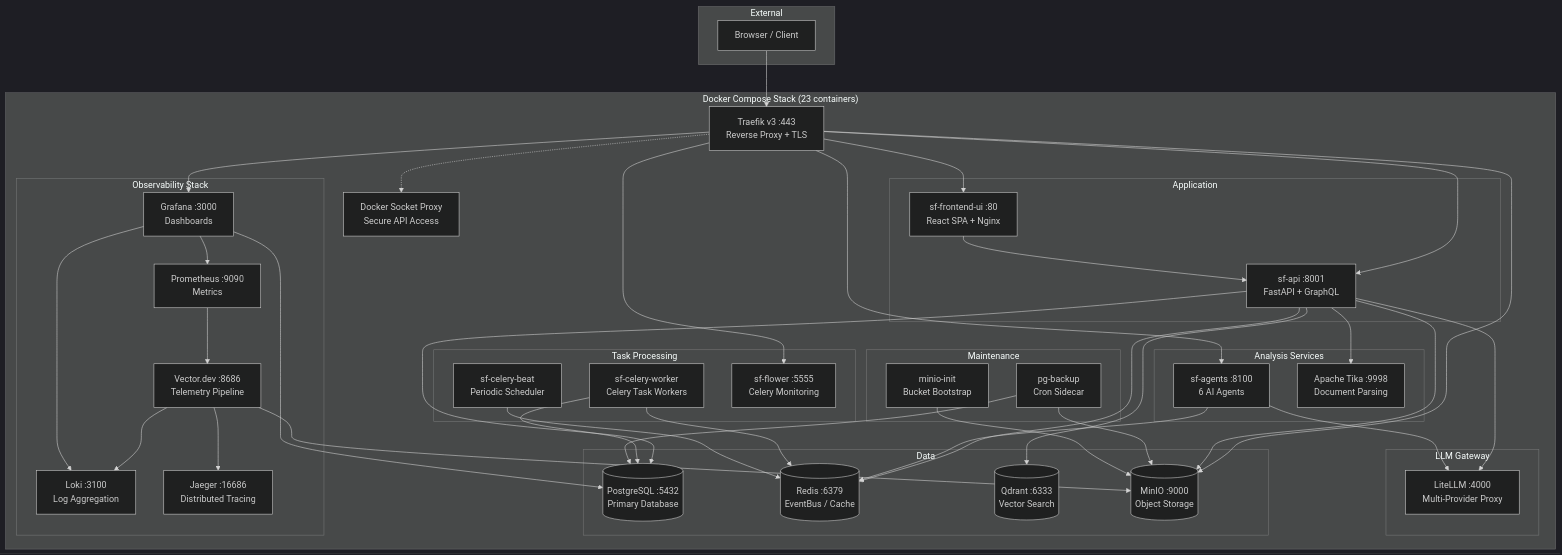
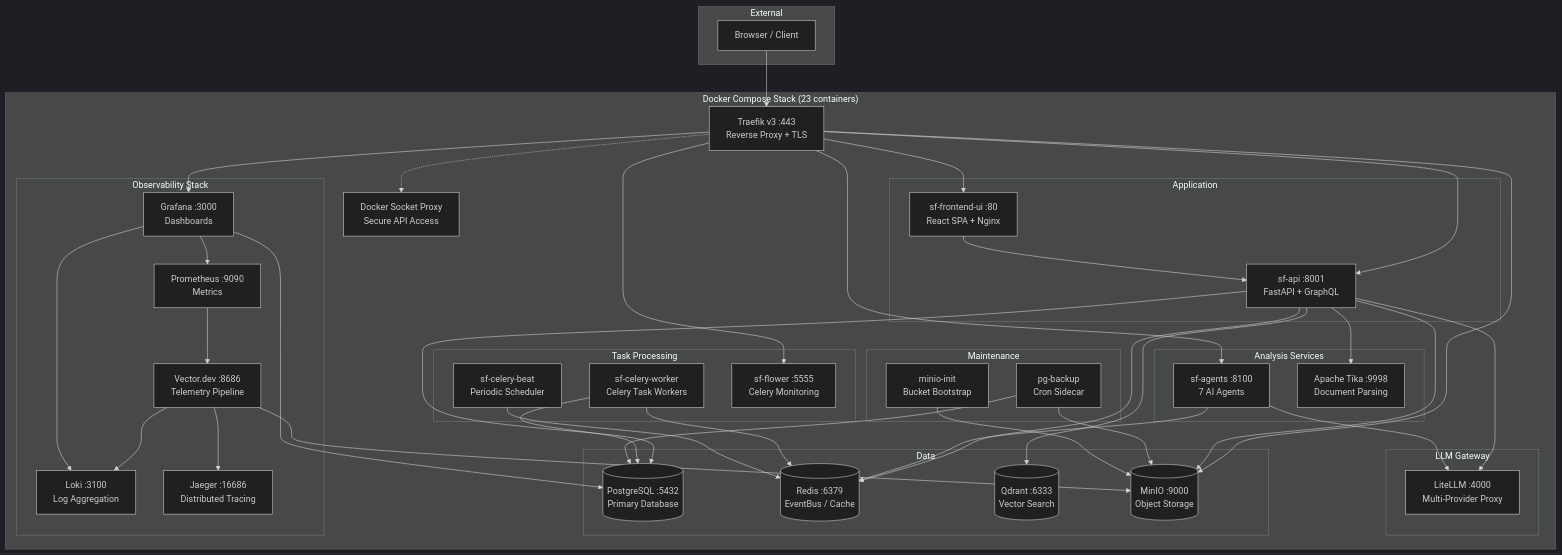
Before and after one commit to poppopjmp/spiderfoot: the diagram in README.md, drawn with Mermaid (dark theme). The commit also changed other lines of this file and 10 other files, not shown here.

````diff
--- a/README.md
+++ b/README.md
@@ -53,82 +53,82 @@
 ```mermaid
 graph TB
     subgraph External
         Browser[Browser / Client]
     end
 
     subgraph Docker["Docker Compose Stack (23 containers)"]
         TRAEFIK[Traefik v3 :443<br/>Reverse Proxy + TLS]
         DSPROXY[Docker Socket Proxy<br/>Secure API Access]
 
         subgraph Application
             FRONTEND[sf-frontend-ui :80<br/>React SPA + Nginx]
             API[sf-api :8001<br/>FastAPI + GraphQL]
         end
 
         subgraph Workers["Task Processing"]
             CELERY_W[sf-celery-worker<br/>Celery Task Workers]
             CELERY_B[sf-celery-beat<br/>Periodic Scheduler]
             FLOWER[sf-flower :5555<br/>Celery Monitoring]
         end
 
         subgraph Analysis["Analysis Services"]
-            AGENTS[sf-agents :8100<br/>6 AI Agents]
+            AGENTS[sf-agents :8100<br/>7 AI Agents]
             TIKA[Apache Tika :9998<br/>Document Parsing]
         end
 
         subgraph LLM["LLM Gateway"]
             LITELLM[LiteLLM :4000<br/>Multi-Provider Proxy]
         end
 
         subgraph Data
             PG[(PostgreSQL :5432<br/>Primary Database)]
             REDIS[(Redis :6379<br/>EventBus / Cache)]
             QDRANT[(Qdrant :6333<br/>Vector Search)]
             MINIO[(MinIO :9000<br/>Object Storage)]
         end
 
         subgraph Observability["Observability Stack"]
             VECTOR[Vector.dev :8686<br/>Telemetry Pipeline]
             LOKI[Loki :3100<br/>Log Aggregation]
             GRAFANA[Grafana :3000<br/>Dashboards]
             PROMETHEUS[Prometheus :9090<br/>Metrics]
             JAEGER[Jaeger :16686<br/>Distributed Tracing]
         end
 
         subgraph Maintenance
             PGBACKUP[pg-backup<br/>Cron Sidecar]
             MINIOINIT[minio-init<br/>Bucket Bootstrap]
         end
     end
 
     Browser --> TRAEFIK
     TRAEFIK --> FRONTEND
     TRAEFIK --> API
     TRAEFIK --> AGENTS
     TRAEFIK --> GRAFANA
     TRAEFIK --> FLOWER
     TRAEFIK --> MINIO
     TRAEFIK -.-> DSPROXY
     FRONTEND --> API
     API --> PG
     API --> REDIS
     API --> QDRANT
     API --> MINIO
     API --> LITELLM
     API --> TIKA
     AGENTS --> LITELLM
     AGENTS --> REDIS
     CELERY_W --> PG
     CELERY_W --> REDIS
     CELERY_B --> REDIS
     VECTOR --> LOKI
     VECTOR --> MINIO
     VECTOR --> JAEGER
     PROMETHEUS --> VECTOR
     GRAFANA --> LOKI
     GRAFANA --> PROMETHEUS
     GRAFANA --> PG
     PGBACKUP --> PG
     PGBACKUP --> MINIO
     MINIOINIT --> MINIO
 ```
````
